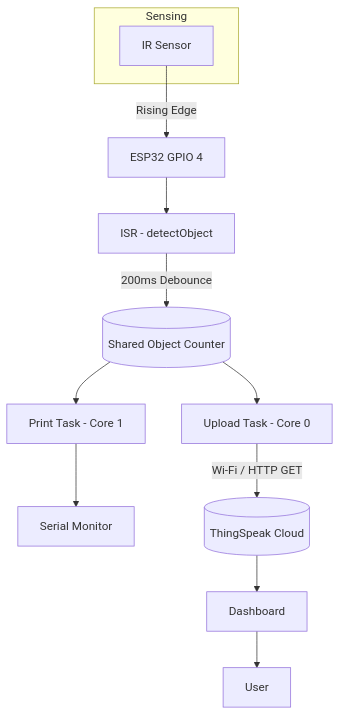
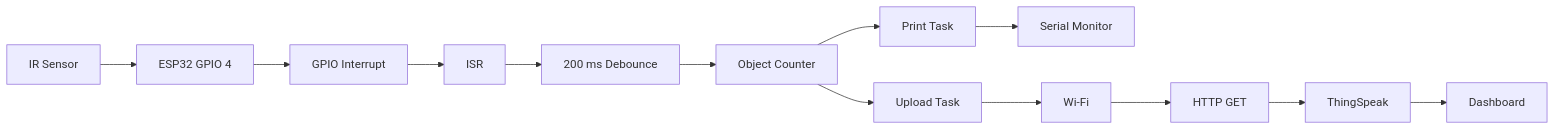
Before and after one commit to AkshitMathur/FreeRTOS_Interrupt_To_Task_Communication_Using_ESP32_Microcontroller: the diagram in README.md, drawn with Mermaid. The commit also changed other lines of this file, not shown here.

````diff
--- a/README.md
+++ b/README.md
@@ -33,16 +33,18 @@
 ```mermaid
-flowchart TD
-    subgraph Sensing
-        A[IR Sensor]
-    end
+flowchart LR
+    A["IR Sensor"] --> B["ESP32 GPIO 4"]
+    B --> C["GPIO Interrupt"]
+    C --> D["ISR"]
+    D --> E["200 ms Debounce"]
+    E --> F["Object Counter"]
 
-    A -->|Rising Edge| B[ESP32 GPIO 4]
-    B --> C[ISR - detectObject]
-    C -->|200ms Debounce| D[(Shared Object Counter)]
-    D --> E[Print Task - Core 1]
-    D --> F[Upload Task - Core 0]
-    E --> G[Serial Monitor]
-    F -- Wi-Fi / HTTP GET --> H[(ThingSpeak Cloud)]
-    H --> I[Dashboard]
-    I --> J[User]
+    F --> G["Print Task"]
+    F --> H["Upload Task"]
+
+    G --> I["Serial Monitor"]
+
+    H --> J["Wi-Fi"]
+    J --> K["HTTP GET"]
+    K --> L["ThingSpeak"]
+    L --> M["Dashboard"]
 ```
````
